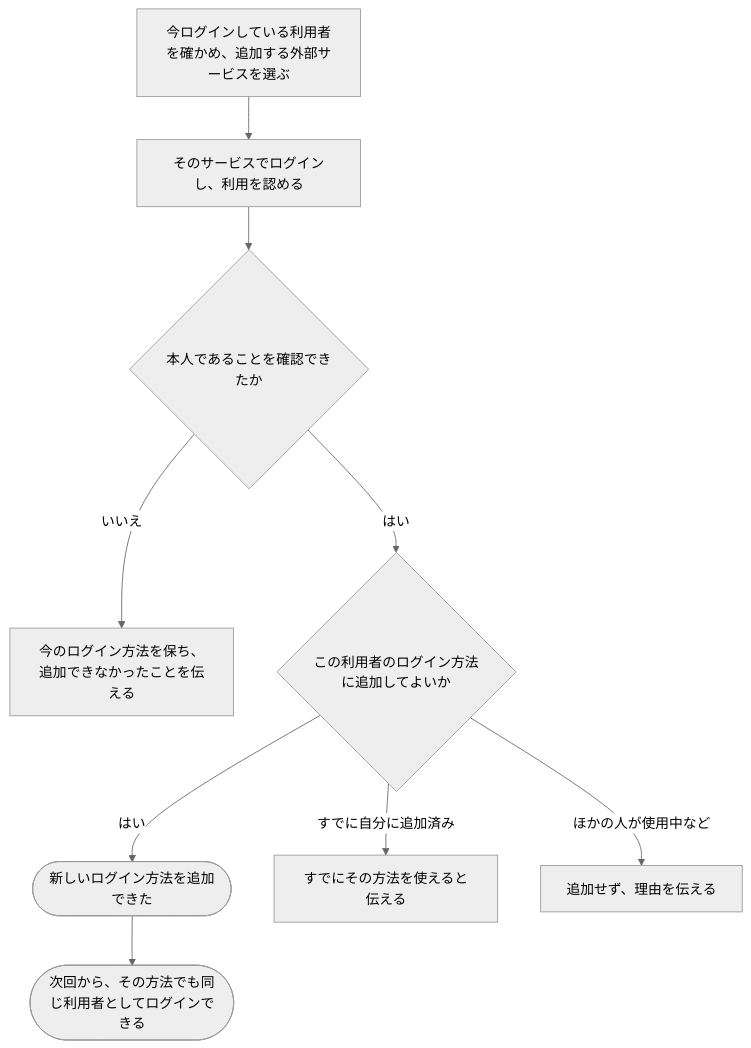
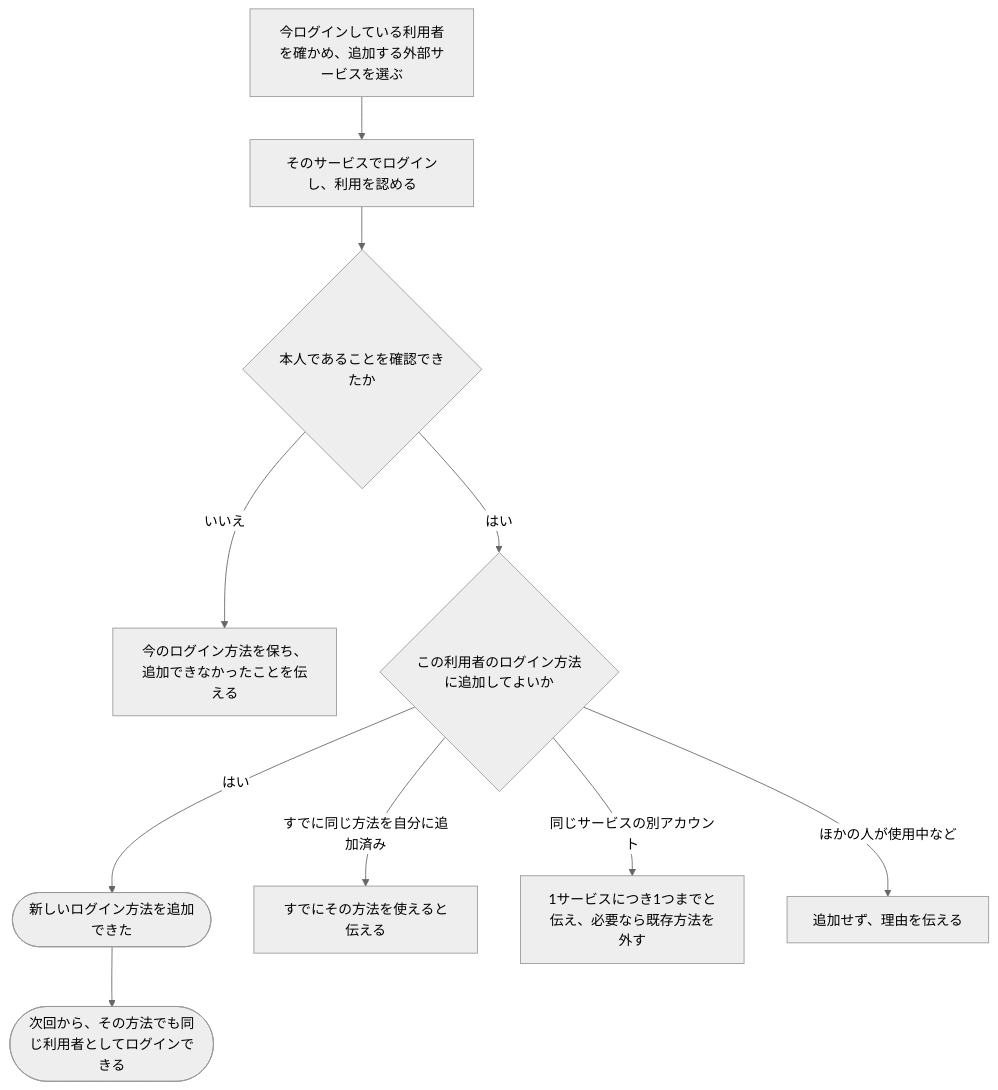
Before and after one commit to traP-jp/traOJudge: the diagram in docs/requirements/scenarios/authentication/add-sign-in-method.md, drawn with Mermaid (neutral theme). The commit also changed other lines of this file and 36 other files, not shown here.

First line of the commit message:
feat(authentication): Update email change and registration flows

````diff
--- a/docs/requirements/scenarios/authentication/add-sign-in-method.md
+++ b/docs/requirements/scenarios/authentication/add-sign-in-method.md
@@ -23,11 +23,12 @@
 ```mermaid
 flowchart TD
     A["今ログインしている利用者を確かめ、追加する外部サービスを選ぶ"] --> B["そのサービスでログインし、利用を認める"]
     B --> C{"本人であることを確認できたか"}
     C -->|いいえ| D["今のログイン方法を保ち、追加できなかったことを伝える"]
     C -->|はい| E{"この利用者のログイン方法に追加してよいか"}
     E -->|はい| F(["新しいログイン方法を追加できた"])
     F --> G(["次回から、その方法でも同じ利用者としてログインできる"])
-    E -->|すでに自分に追加済み| H["すでにその方法を使えると伝える"]
-    E -->|ほかの人が使用中など| I["追加せず、理由を伝える"]
+    E -->|すでに同じ方法を自分に追加済み| H["すでにその方法を使えると伝える"]
+    E -->|同じサービスの別アカウント| I["1サービスにつき1つまでと伝え、必要なら既存方法を外す"]
+    E -->|ほかの人が使用中など| J["追加せず、理由を伝える"]
 ```
````
